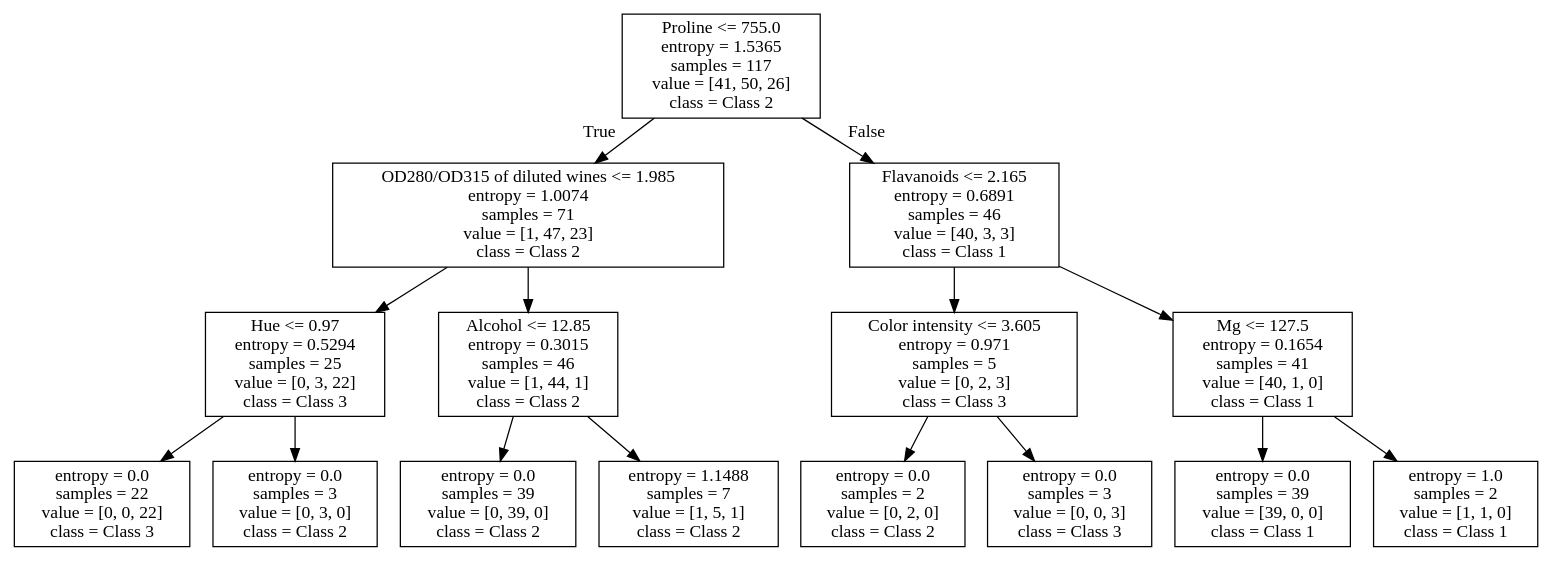
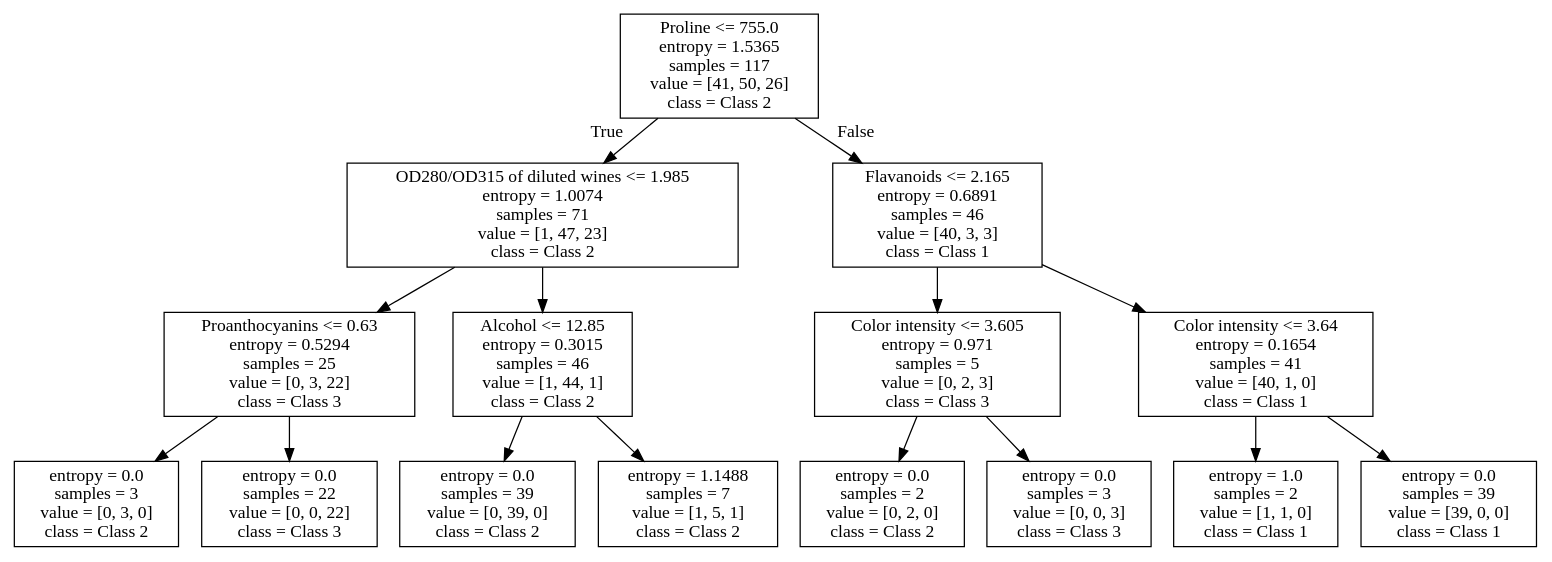
The diagram in assns/wine_tree.dot (MattTriano/Advanced_Data_Mining), drawn with Graphviz before and after one commit. The commit also changed 2 other files, not shown here.

```diff
--- a/assns/wine_tree.dot
+++ b/assns/wine_tree.dot
@@ -1,32 +1,32 @@
 digraph Tree {
 node [shape=box] ;
 0 [label="Proline <= 755.0\nentropy = 1.5365\nsamples = 117\nvalue = [41, 50, 26]\nclass = Class 2"] ;
 1 [label="OD280/OD315 of diluted wines <= 1.985\nentropy = 1.0074\nsamples = 71\nvalue = [1, 47, 23]\nclass = Class 2"] ;
 0 -> 1 [labeldistance=2.5, labelangle=45, headlabel="True"] ;
-2 [label="Hue <= 0.97\nentropy = 0.5294\nsamples = 25\nvalue = [0, 3, 22]\nclass = Class 3"] ;
+2 [label="Proanthocyanins <= 0.63\nentropy = 0.5294\nsamples = 25\nvalue = [0, 3, 22]\nclass = Class 3"] ;
 1 -> 2 ;
-3 [label="entropy = 0.0\nsamples = 22\nvalue = [0, 0, 22]\nclass = Class 3"] ;
+3 [label="entropy = 0.0\nsamples = 3\nvalue = [0, 3, 0]\nclass = Class 2"] ;
 2 -> 3 ;
-4 [label="entropy = 0.0\nsamples = 3\nvalue = [0, 3, 0]\nclass = Class 2"] ;
+4 [label="entropy = 0.0\nsamples = 22\nvalue = [0, 0, 22]\nclass = Class 3"] ;
 2 -> 4 ;
 5 [label="Alcohol <= 12.85\nentropy = 0.3015\nsamples = 46\nvalue = [1, 44, 1]\nclass = Class 2"] ;
 1 -> 5 ;
 6 [label="entropy = 0.0\nsamples = 39\nvalue = [0, 39, 0]\nclass = Class 2"] ;
 5 -> 6 ;
 7 [label="entropy = 1.1488\nsamples = 7\nvalue = [1, 5, 1]\nclass = Class 2"] ;
 5 -> 7 ;
 8 [label="Flavanoids <= 2.165\nentropy = 0.6891\nsamples = 46\nvalue = [40, 3, 3]\nclass = Class 1"] ;
 0 -> 8 [labeldistance=2.5, labelangle=-45, headlabel="False"] ;
 9 [label="Color intensity <= 3.605\nentropy = 0.971\nsamples = 5\nvalue = [0, 2, 3]\nclass = Class 3"] ;
 8 -> 9 ;
 10 [label="entropy = 0.0\nsamples = 2\nvalue = [0, 2, 0]\nclass = Class 2"] ;
 9 -> 10 ;
 11 [label="entropy = 0.0\nsamples = 3\nvalue = [0, 0, 3]\nclass = Class 3"] ;
 9 -> 11 ;
-12 [label="Mg <= 127.5\nentropy = 0.1654\nsamples = 41\nvalue = [40, 1, 0]\nclass = Class 1"] ;
+12 [label="Color intensity <= 3.64\nentropy = 0.1654\nsamples = 41\nvalue = [40, 1, 0]\nclass = Class 1"] ;
 8 -> 12 ;
-13 [label="entropy = 0.0\nsamples = 39\nvalue = [39, 0, 0]\nclass = Class 1"] ;
+13 [label="entropy = 1.0\nsamples = 2\nvalue = [1, 1, 0]\nclass = Class 1"] ;
 12 -> 13 ;
-14 [label="entropy = 1.0\nsamples = 2\nvalue = [1, 1, 0]\nclass = Class 1"] ;
+14 [label="entropy = 0.0\nsamples = 39\nvalue = [39, 0, 0]\nclass = Class 1"] ;
 12 -> 14 ;
 }
```
